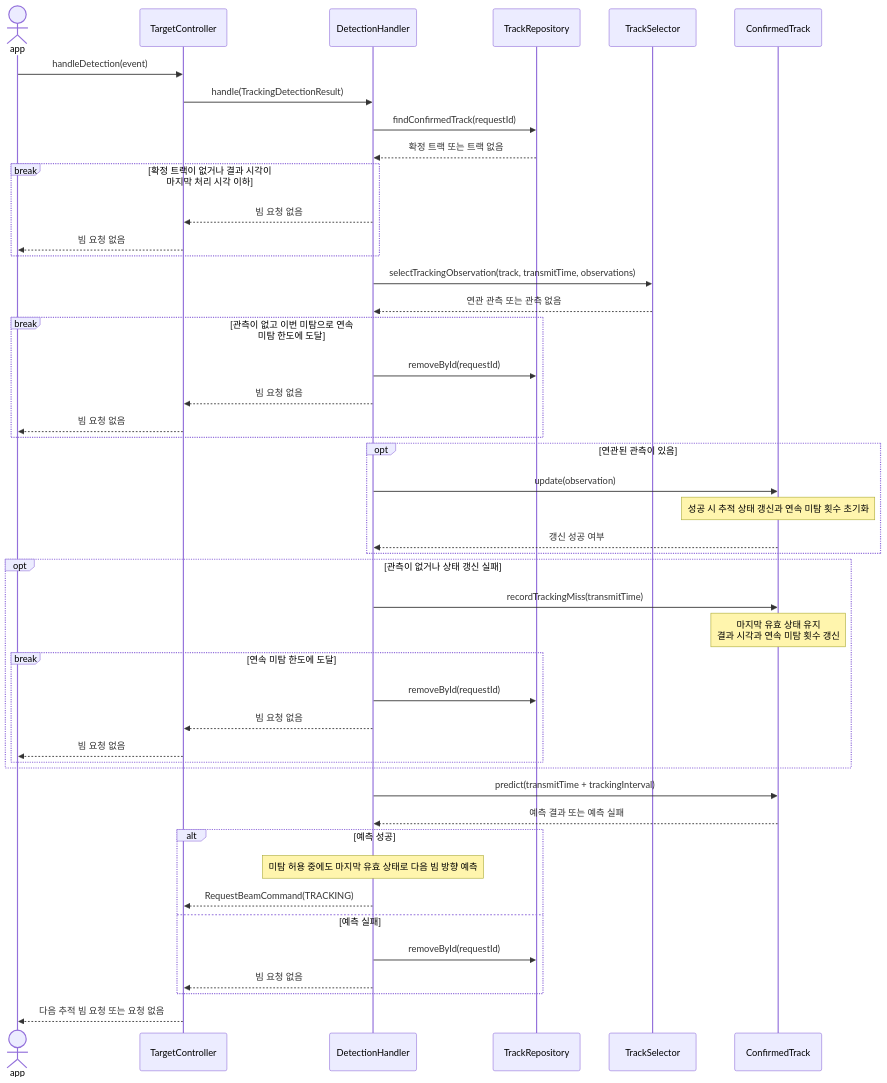
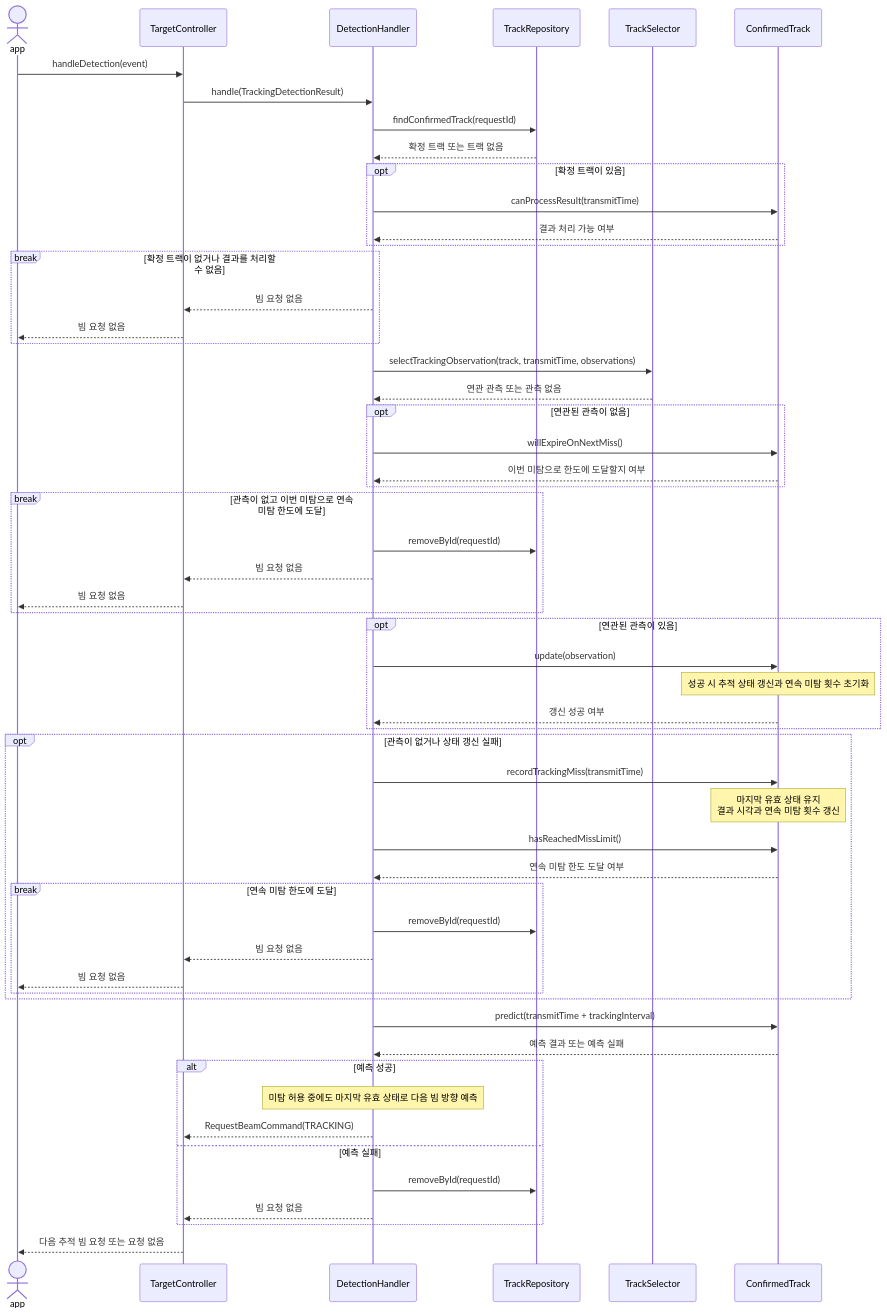
Before and after one commit to AESAlien/aesa-processor: the sixth of 8 diagrams in src/target/README.md, drawn with Mermaid. The commit also changed other lines of this file and 40 other files, not shown here.

````diff
--- a/src/target/README.md
+++ b/src/target/README.md
@@ -214,52 +218,62 @@
 ```mermaid
 sequenceDiagram
     actor app
     participant TargetController
     participant DetectionHandler
     participant TrackRepository
     participant TrackSelector
     participant ConfirmedTrack
 
     app->>TargetController: handleDetection(event)
     TargetController->>DetectionHandler: handle(TrackingDetectionResult)
     DetectionHandler->>TrackRepository: findConfirmedTrack(requestId)
     TrackRepository-->>DetectionHandler: 확정 트랙 또는 트랙 없음
-    break 확정 트랙이 없거나 결과 시각이 마지막 처리 시각 이하
+    opt 확정 트랙이 있음
+        DetectionHandler->>ConfirmedTrack: canProcessResult(transmitTime)
+        ConfirmedTrack-->>DetectionHandler: 결과 처리 가능 여부
+    end
+    break 확정 트랙이 없거나 결과를 처리할 수 없음
         DetectionHandler-->>TargetController: 빔 요청 없음
         TargetController-->>app: 빔 요청 없음
     end
 
     DetectionHandler->>TrackSelector: selectTrackingObservation(track, transmitTime, observations)
     TrackSelector-->>DetectionHandler: 연관 관측 또는 관측 없음
+    opt 연관된 관측이 없음
+        DetectionHandler->>ConfirmedTrack: willExpireOnNextMiss()
+        ConfirmedTrack-->>DetectionHandler: 이번 미탐으로 한도에 도달할지 여부
+    end
     break 관측이 없고 이번 미탐으로 연속 미탐 한도에 도달
         DetectionHandler->>TrackRepository: removeById(requestId)
         DetectionHandler-->>TargetController: 빔 요청 없음
         TargetController-->>app: 빔 요청 없음
     end
 
     opt 연관된 관측이 있음
         DetectionHandler->>ConfirmedTrack: update(observation)
         Note over ConfirmedTrack: 성공 시 추적 상태 갱신과 연속 미탐 횟수 초기화
         ConfirmedTrack-->>DetectionHandler: 갱신 성공 여부
     end
     opt 관측이 없거나 상태 갱신 실패
         DetectionHandler->>ConfirmedTrack: recordTrackingMiss(transmitTime)
         Note over ConfirmedTrack: 마지막 유효 상태 유지<br/>결과 시각과 연속 미탐 횟수 갱신
+        DetectionHandler->>ConfirmedTrack: hasReachedMissLimit()
+        ConfirmedTrack-->>DetectionHandler: 연속 미탐 한도 도달 여부
         break 연속 미탐 한도에 도달
             DetectionHandler->>TrackRepository: removeById(requestId)
             DetectionHandler-->>TargetController: 빔 요청 없음
             TargetController-->>app: 빔 요청 없음
         end
     end
 
     DetectionHandler->>ConfirmedTrack: predict(transmitTime + trackingInterval)
     ConfirmedTrack-->>DetectionHandler: 예측 결과 또는 예측 실패
     alt 예측 성공
         Note over DetectionHandler: 미탐 허용 중에도 마지막 유효 상태로 다음 빔 방향 예측
         DetectionHandler-->>TargetController: RequestBeamCommand(TRACKING)
     else 예측 실패
         DetectionHandler->>TrackRepository: removeById(requestId)
         DetectionHandler-->>TargetController: 빔 요청 없음
     end
     TargetController-->>app: 다음 추적 빔 요청 또는 요청 없음
 ```
````
